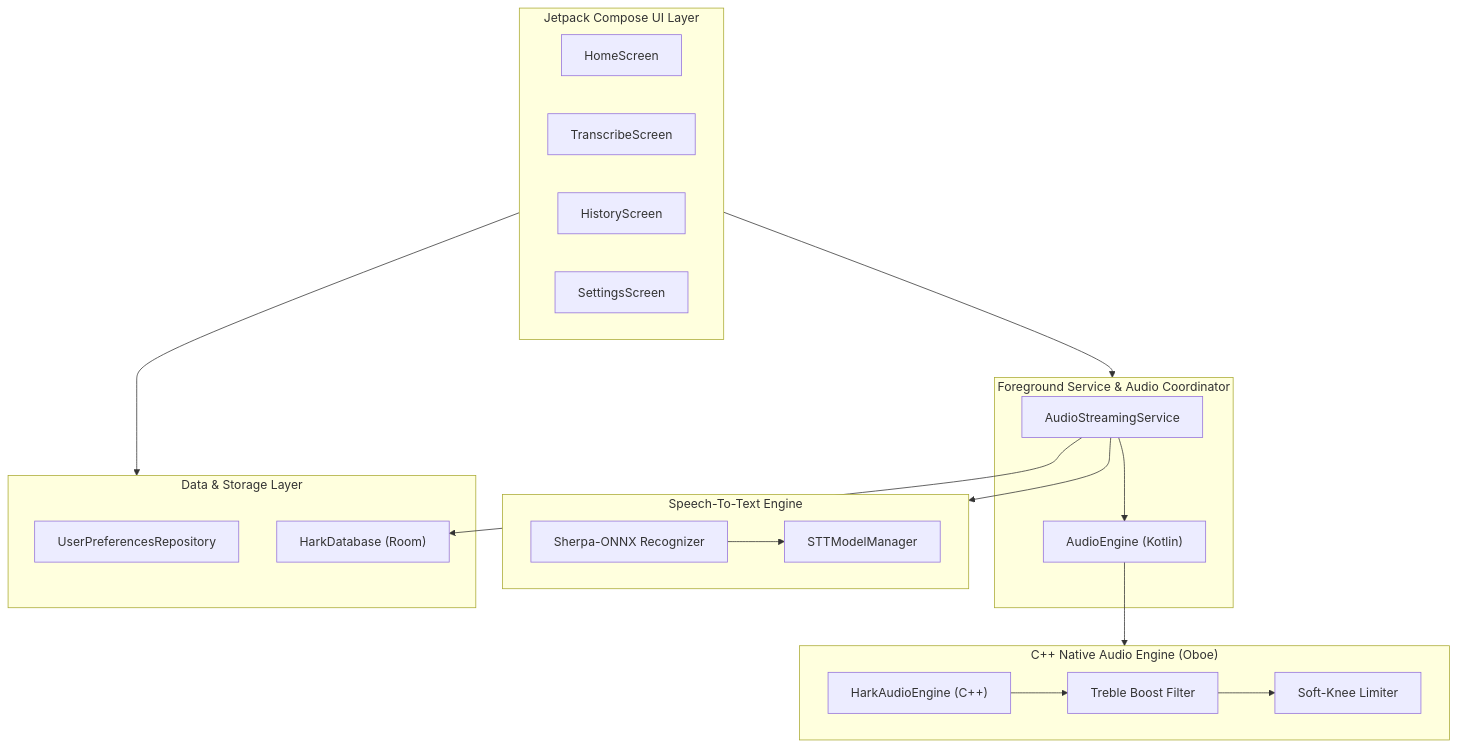
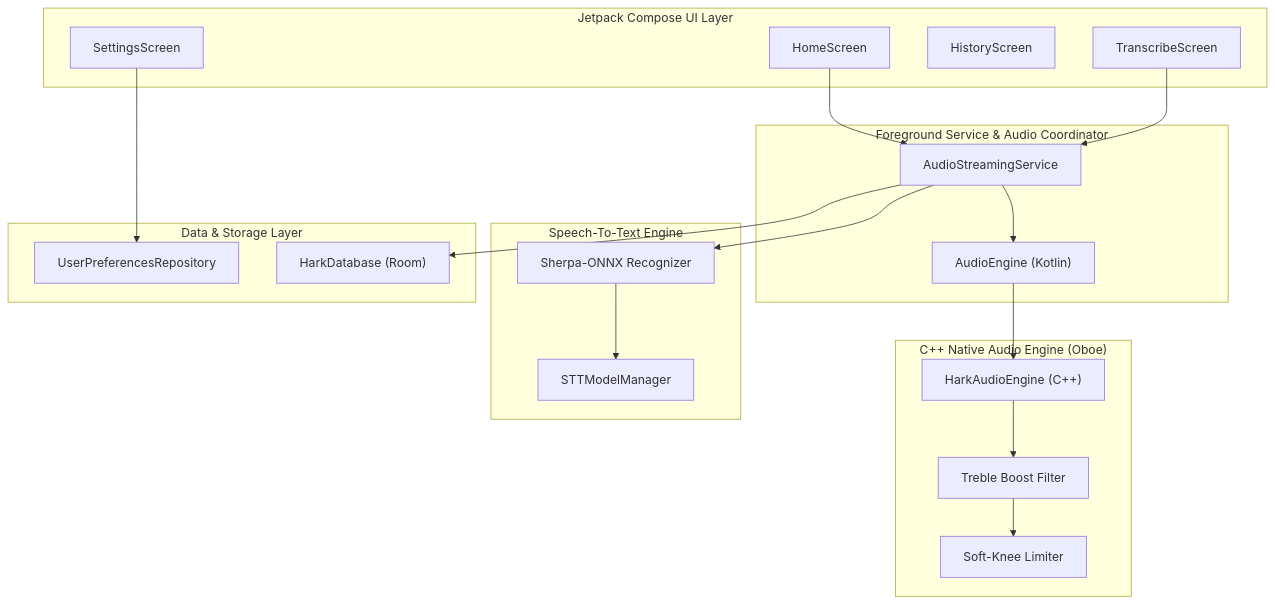
One commit to thivyan-studios/hark-app changed the diagram in README.md. Above: the diagram before and after it, drawn with Mermaid. The commit also changed 1 other file, not shown here.

Commit message:
Fixed Mermaid Diagrams in README and ARCHITECTURE

````diff
--- a/README.md
+++ b/README.md
@@ -33,39 +33,40 @@
 ```mermaid
 flowchart TD
     subgraph UI ["Jetpack Compose UI Layer"]
         HomeScreen["HomeScreen"]
         TranscribeScreen["TranscribeScreen"]
         HistoryScreen["HistoryScreen"]
         SettingsScreen["SettingsScreen"]
     end
 
     subgraph Core ["Foreground Service & Audio Coordinator"]
         Service["AudioStreamingService"]
         AudioEngine["AudioEngine (Kotlin)"]
         Service --> AudioEngine
     end
 
     subgraph Native ["C++ Native Audio Engine (Oboe)"]
         HarkNative["HarkAudioEngine (C++)"]
         TrebleFilter["Treble Boost Filter"]
         Limiter["Soft-Knee Limiter"]
         HarkNative --> TrebleFilter --> Limiter
     end
 
     subgraph ML ["Speech-To-Text Engine"]
         Sherpa["Sherpa-ONNX Recognizer"]
         ModelMgr["STTModelManager"]
         Sherpa --> ModelMgr
     end
 
     subgraph Storage ["Data & Storage Layer"]
         DataStore["UserPreferencesRepository"]
         RoomDB["HarkDatabase (Room)"]
     end
 
-    UI --> Core
-    UI --> Storage
-    AudioEngine --> Native
-    Service --> ML
+    HomeScreen --> Service
+    TranscribeScreen --> Service
+    SettingsScreen --> DataStore
+    AudioEngine --> HarkNative
+    Service --> Sherpa
     Service --> RoomDB
 ```
````
